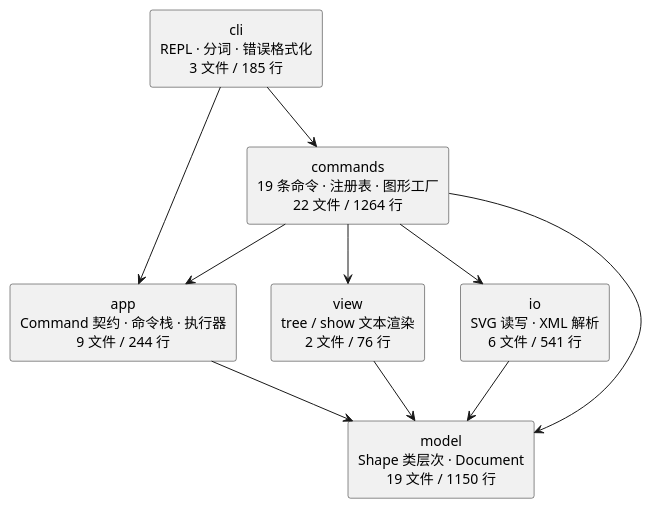
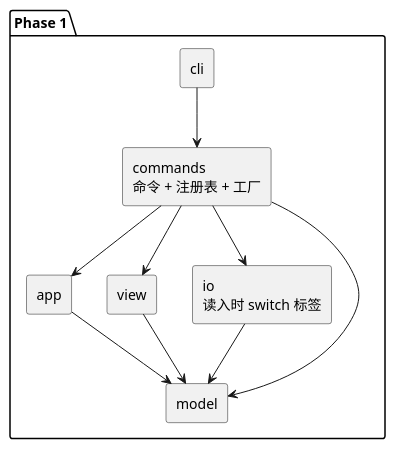
The first of 2 diagrams in doc/README.md (jcole666/svg-editor), drawn with PlantUML before and after one commit. The commit also changed other lines of this file and 6 other files, not shown here.

````diff
--- a/doc/README.md
+++ b/doc/README.md
@@ -36,23 +50,22 @@
 ```plantuml
 @startuml
 skinparam componentStyle rectangle
-skinparam defaultTextAlignment center
 
-component "cli\nREPL · 分词 · 错误格式化\n3 文件 / 185 行" as cli
-component "commands\n19 条命令 · 注册表 · 图形工厂\n22 文件 / 1264 行" as commands
-component "app\nCommand 契约 · 命令栈 · 执行器\n9 文件 / 244 行" as app
-component "view\ntree / show 文本渲染\n2 文件 / 76 行" as view
-component "io\nSVG 读写 · XML 解析\n6 文件 / 541 行" as io
-component "model\nShape 类层次 · Document\n19 文件 / 1150 行" as model
-
-cli --> commands
-cli --> app
-commands --> app
-commands --> view
-commands --> io
-commands --> model
-app --> model
-view --> model
-io --> model
+package "Phase 1" {
+  component "cli" as cli1
+  component "commands\n命令 + 注册表 + 工厂" as cmd1
+  component "app" as app1
+  component "view" as view1
+  component "io\n读入时 switch 标签" as io1
+  component "model" as model1
+  cli1 --> cmd1
+  cmd1 --> app1
+  cmd1 --> view1
+  cmd1 --> io1
+  cmd1 --> model1
+  app1 --> model1
+  view1 --> model1
+  io1 --> model1
+}
 @enduml
 ```
````
